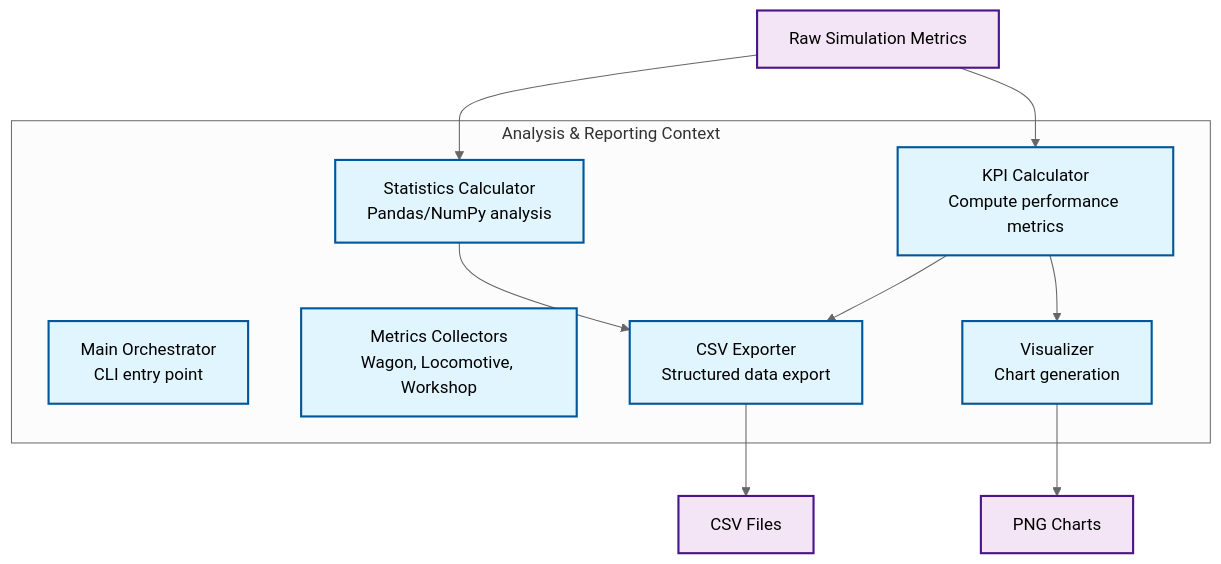
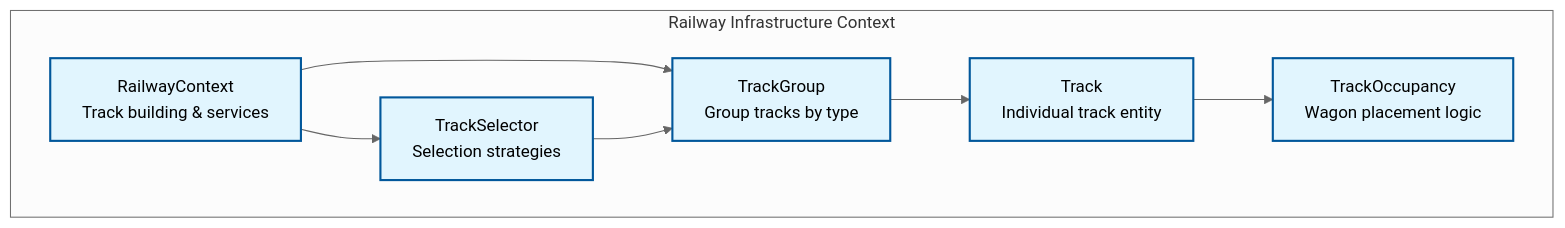
Before and after one commit to OpenRailAssociation/dac-migration-dss-popupsim: the fifth of 6 diagrams in docs/mvp/architecture/05-building-blocks.md, drawn with Mermaid (neutral theme). The commit also changed other lines of this file and 197 other files, not shown here.

````diff
--- a/docs/mvp/architecture/05-building-blocks.md
+++ b/docs/mvp/architecture/05-building-blocks.md
@@ -591,25 +228,20 @@
 ```mermaid
 graph TB
-    subgraph "Analysis & Reporting Context"
-        Main["Main Orchestrator<br/>CLI entry point"]
-        KPICalc["KPI Calculator<br/>Compute performance metrics"]
-        Collectors["Metrics Collectors<br/>Wagon, Locomotive, Workshop"]
-        Statistics["Statistics Calculator<br/>Pandas/NumPy analysis"]
-        CSVExport["CSV Exporter<br/>Structured data export"]
-        Visualizer["Visualizer<br/>Chart generation"]
+    subgraph "Railway Infrastructure Context"
+        Context["RailwayContext<br/>Track building & services"]
+        TrackGroup["TrackGroup<br/>Group tracks by type"]
+        Track["Track<br/>Individual track entity"]
+        Occupancy["TrackOccupancy<br/>Wagon placement logic"]
+        Selector["TrackSelector<br/>Selection strategies"]
     end
-
-    Metrics[Raw Simulation Metrics] --> KPICalc
-    Metrics --> Statistics
-    KPICalc --> CSVExport
-    KPICalc --> Visualizer
-    Statistics --> CSVExport
-    CSVExport --> CSV[CSV Files]
-    Visualizer --> Charts[PNG Charts]
-
+    
+    Context --> TrackGroup
+    TrackGroup --> Track
+    Track --> Occupancy
+    Context --> Selector
+    Selector --> TrackGroup
+    
     classDef component fill:#e1f5fe,stroke:#01579b,stroke-width:2px
-    classDef external fill:#f3e5f5,stroke:#4a148c,stroke-width:2px
-
-    class Main,KPICalc,Collectors,Statistics,CSVExport,Visualizer component
-    class Metrics,CSV,Charts external
+    
+    class Context,TrackGroup,Track,Occupancy,Selector component
 ```
````
